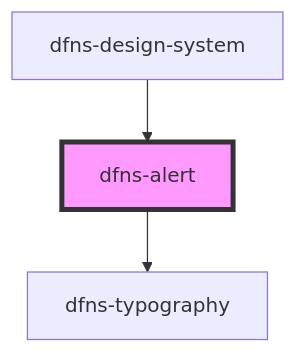
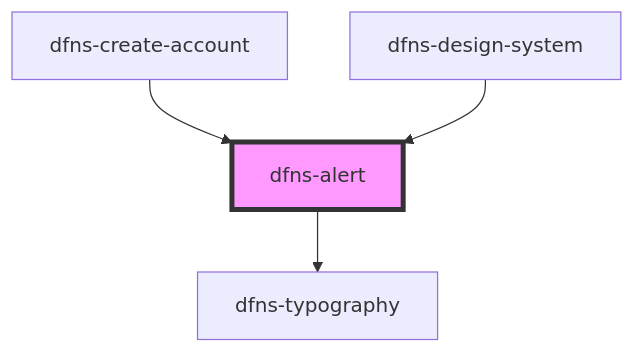
Before and after one commit to dfnsext/web-ui: the diagram in src/components/dfns-alert/readme.md, drawn with Mermaid. The commit also changed other lines of this file and 23 other files, not shown here.

````diff
--- a/src/components/dfns-alert/readme.md
+++ b/src/components/dfns-alert/readme.md
@@ -30,6 +31,7 @@
 ```mermaid
 graph TD;
   dfns-alert --> dfns-typography
+  dfns-create-account --> dfns-alert
   dfns-design-system --> dfns-alert
   style dfns-alert fill:#f9f,stroke:#333,stroke-width:4px
 ```
````
